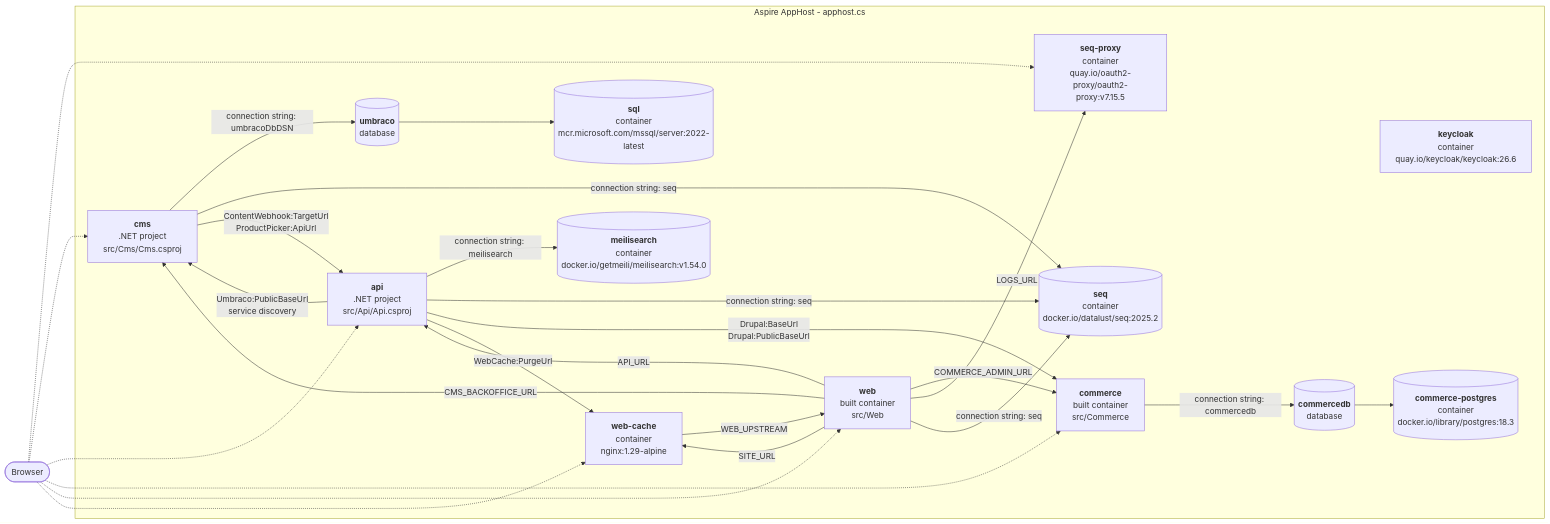
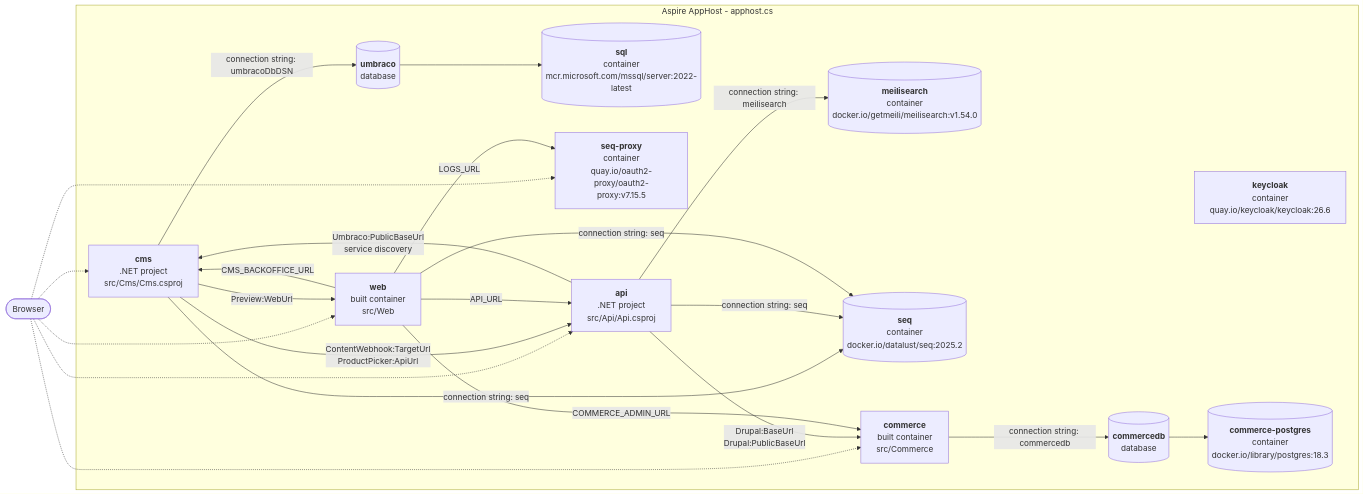
One commit to Snipon/aspire-mess-starter changed the diagram in README.md. Above: the diagram before and after it, drawn with Mermaid. The commit also changed other lines of this file and 6 other files, not shown here.

First line of the commit message:
Remove the web-cache reverse proxy

````diff
--- a/README.md
+++ b/README.md
@@ -16,45 +16,41 @@
 ```mermaid
 flowchart LR
     browser([Browser])
 
     subgraph apphost[Aspire AppHost - apphost.cs]
         sql[("<b>sql</b><br/>container<br/>mcr.microsoft.com/mssql/server:2022-latest")]
         umbraco[("<b>umbraco</b><br/>database")]
         meilisearch[("<b>meilisearch</b><br/>container<br/>docker.io/getmeili/meilisearch:v1.54.0")]
         seq[("<b>seq</b><br/>container<br/>docker.io/datalust/seq:2025.2")]
         keycloak["<b>keycloak</b><br/>container<br/>quay.io/keycloak/keycloak:26.6"]
         seq_proxy["<b>seq-proxy</b><br/>container<br/>quay.io/oauth2-proxy/oauth2-proxy:v7.15.5"]
         commerce_postgres[("<b>commerce-postgres</b><br/>container<br/>docker.io/library/postgres:18.3")]
         commercedb[("<b>commercedb</b><br/>database")]
         cms["<b>cms</b><br/>.NET project<br/>src/Cms/Cms.csproj"]
         api["<b>api</b><br/>.NET project<br/>src/Api/Api.csproj"]
         commerce["<b>commerce</b><br/>built container<br/>src/Commerce"]
         web["<b>web</b><br/>built container<br/>src/Web"]
-        web_cache["<b>web-cache</b><br/>container<br/>nginx:1.29-alpine"]
     end
 
     browser -.-> seq_proxy
     browser -.-> cms
     browser -.-> api
     browser -.-> commerce
     browser -.-> web
-    browser -.-> web_cache
     umbraco --> sql
     commercedb --> commerce_postgres
     cms -- "connection string: umbracoDbDSN" --> umbraco
     cms -- "connection string: seq" --> seq
     cms -- "ContentWebhook:TargetUrl<br/>ProductPicker:ApiUrl" --> api
+    cms -- "Preview:WebUrl" --> web
     api -- "Umbraco:PublicBaseUrl<br/>service discovery" --> cms
     api -- "connection string: meilisearch" --> meilisearch
     api -- "connection string: seq" --> seq
     api -- "Drupal:BaseUrl<br/>Drupal:PublicBaseUrl" --> commerce
-    api -- "WebCache:PurgeUrl" --> web_cache
     commerce -- "connection string: commercedb" --> commercedb
     web -- "API_URL" --> api
     web -- "CMS_BACKOFFICE_URL" --> cms
     web -- "COMMERCE_ADMIN_URL" --> commerce
     web -- "LOGS_URL" --> seq_proxy
     web -- "connection string: seq" --> seq
-    web -- "SITE_URL" --> web_cache
-    web_cache -- "WEB_UPSTREAM" --> web
 ```
````
